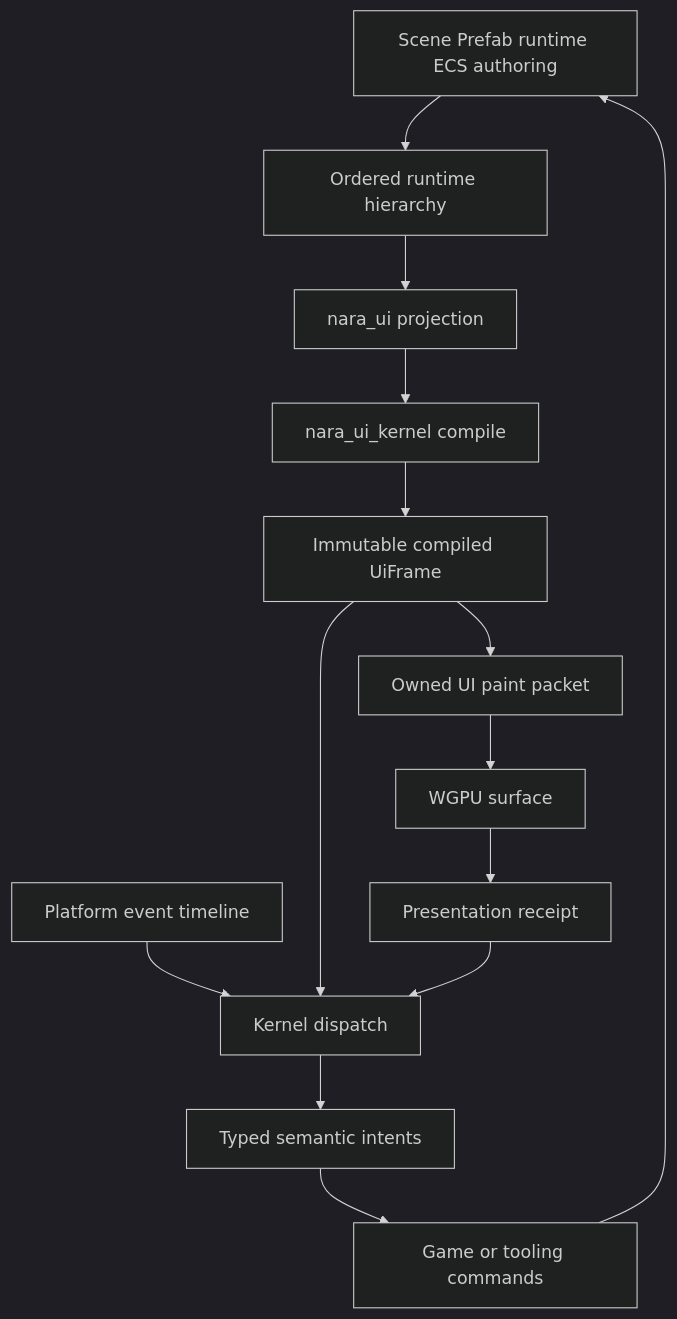
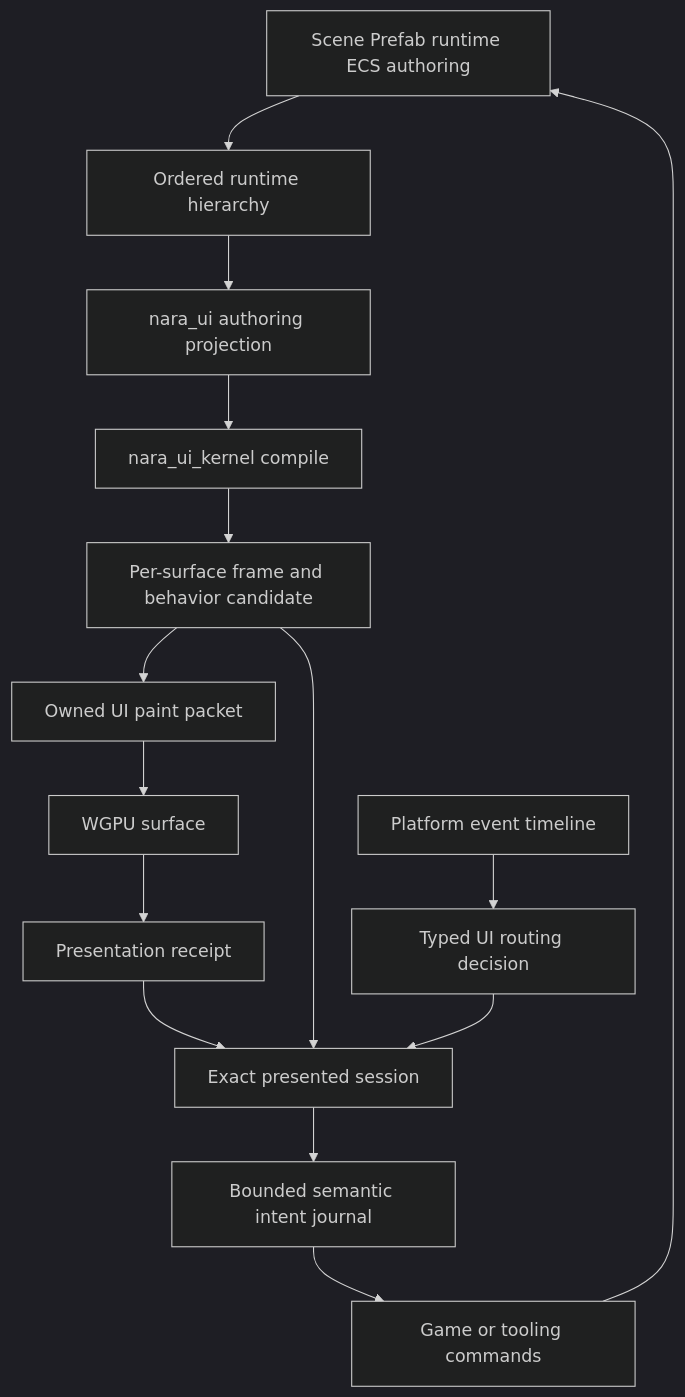
The second of 3 diagrams in docs/plans/2026-08-04-002-refactor-ordered-ui-kernel-and-engine-boundary-correction-plan.md (Latias94/nara), drawn with Mermaid (dark theme) before and after one commit. The commit also changed other lines of this file and 2 other files, not shown here.

````diff
--- a/docs/plans/2026-08-04-002-refactor-ordered-ui-kernel-and-engine-boundary-correction-plan.md
+++ b/docs/plans/2026-08-04-002-refactor-ordered-ui-kernel-and-engine-boundary-correction-plan.md
@@ -343,19 +385,19 @@
 ```mermaid
 flowchart TB
   Source[Scene Prefab runtime ECS authoring]
   Structure[Ordered runtime hierarchy]
-  Adapter[nara_ui projection]
+  Adapter[nara_ui authoring projection]
   Compiler[nara_ui_kernel compile]
-  Frame[Immutable compiled UiFrame]
+  Candidate[Per-surface frame and behavior candidate]
   Packet[Owned UI paint packet]
   Backend[WGPU surface]
   Receipt[Presentation receipt]
+  Presented[Exact presented session]
   Platform[Platform event timeline]
-  Dispatch[Kernel dispatch]
-  Intent[Typed semantic intents]
+  Decision[Typed UI routing decision]
+  Intent[Bounded semantic intent journal]
   Domain[Game or tooling commands]
-  Source --> Structure --> Adapter --> Compiler --> Frame --> Packet --> Backend --> Receipt
-  Platform --> Dispatch
-  Frame --> Dispatch
-  Receipt --> Dispatch --> Intent --> Domain --> Source
+  Source --> Structure --> Adapter --> Compiler --> Candidate --> Packet --> Backend --> Receipt --> Presented
+  Candidate --> Presented
+  Platform --> Decision --> Presented --> Intent --> Domain --> Source
 ```
````
